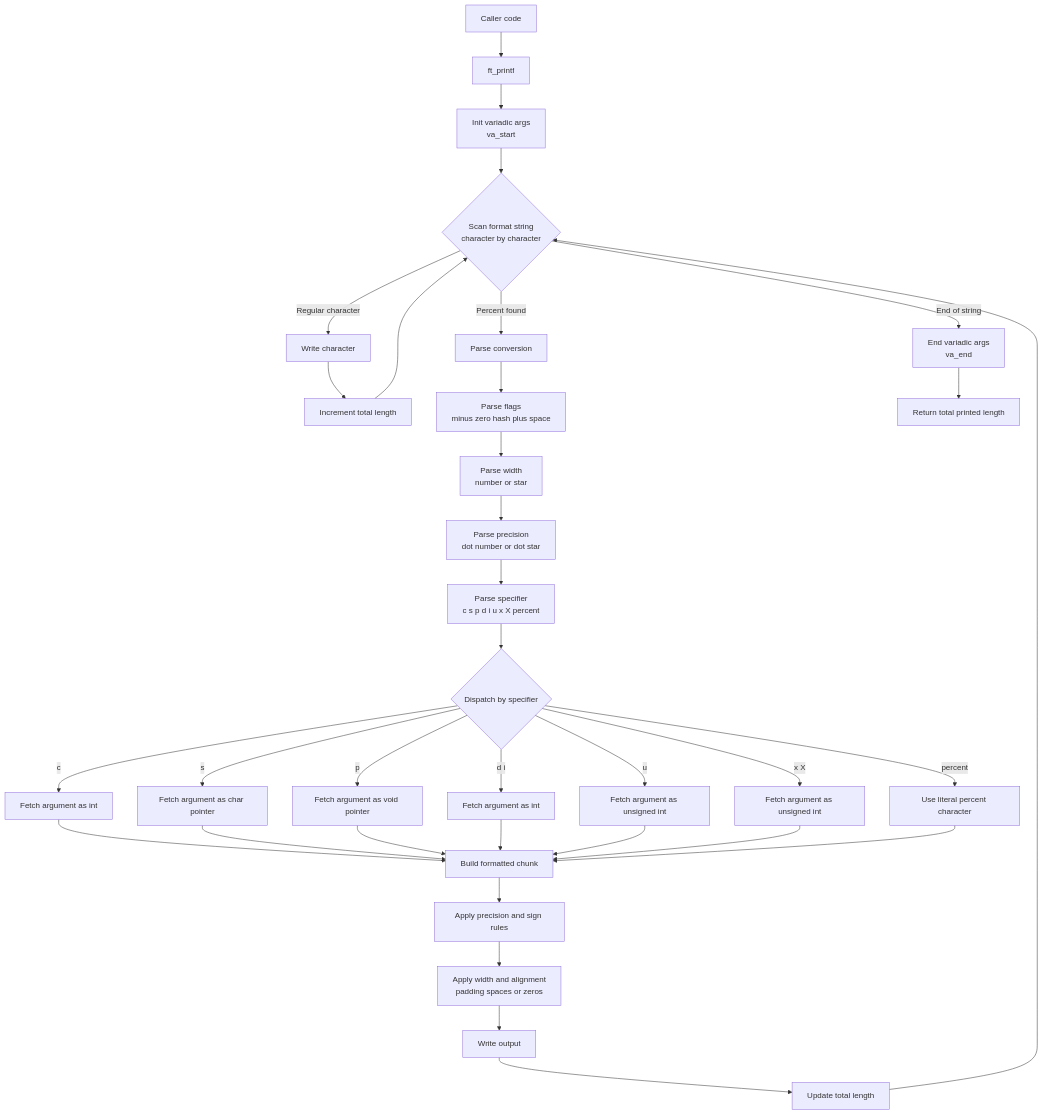
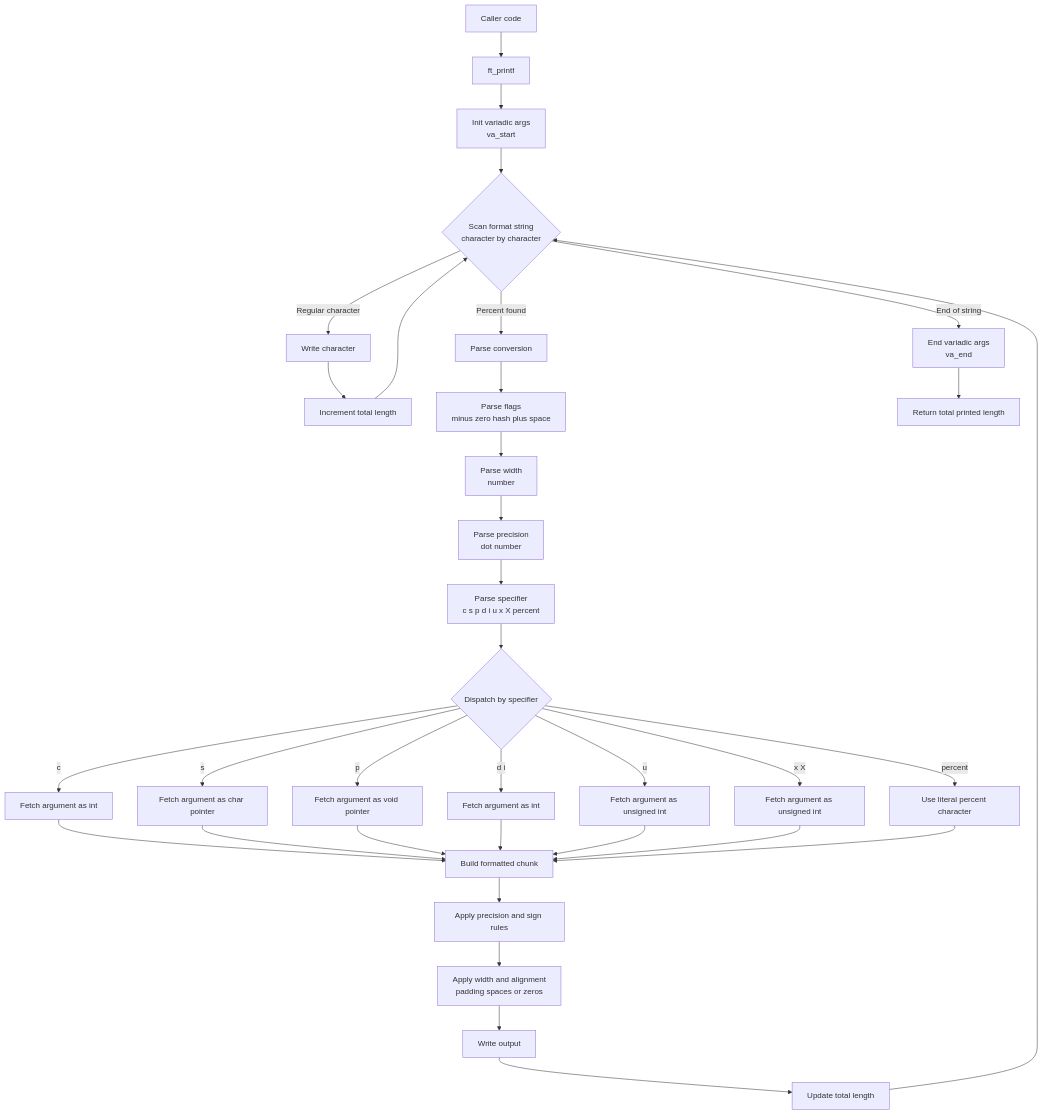
The diagram in README.md (ai-dg/ft_printf), drawn with Mermaid before and after one commit. The commit also changed other lines of this file, not shown here.

Commit message:
docs: README matches the code
- Width and precision parsing: no star support
- libftprintf.a described as generated by make

````diff
--- a/README.md
+++ b/README.md
@@ -11,44 +11,44 @@
 ```mermaid
 flowchart TB
     A[Caller code] --> B[ft_printf]
     B --> C[Init variadic args<br/>va_start]
     C --> D{Scan format string<br/>character by character}
 
     D -->|Regular character| E[Write character]
     E --> F[Increment total length]
     F --> D
 
     D -->|Percent found| G[Parse conversion]
     G --> H[Parse flags<br/>minus zero hash plus space]
-    H --> I[Parse width<br/>number or star]
-    I --> J[Parse precision<br/>dot number or dot star]
+    H --> I[Parse width<br/>number]
+    I --> J[Parse precision<br/>dot number]
     J --> K[Parse specifier<br/>c s p d i u x X percent]
 
     K --> L{Dispatch by specifier}
 
     L -->|c| M1[Fetch argument as int]
     L -->|s| M2[Fetch argument as char pointer]
     L -->|p| M3[Fetch argument as void pointer]
     L -->|d i| M4[Fetch argument as int]
     L -->|u| M5[Fetch argument as unsigned int]
     L -->|x X| M6[Fetch argument as unsigned int]
     L -->|percent| M7[Use literal percent character]
 
     M1 --> N[Build formatted chunk]
     M2 --> N
     M3 --> N
     M4 --> N
     M5 --> N
     M6 --> N
     M7 --> N
 
     N --> O[Apply precision and sign rules]
     O --> P[Apply width and alignment<br/>padding spaces or zeros]
     P --> Q[Write output]
     Q --> R[Update total length]
     R --> D
 
     D -->|End of string| S[End variadic args<br/>va_end]
     S --> T[Return total printed length]
 
 ```
````
